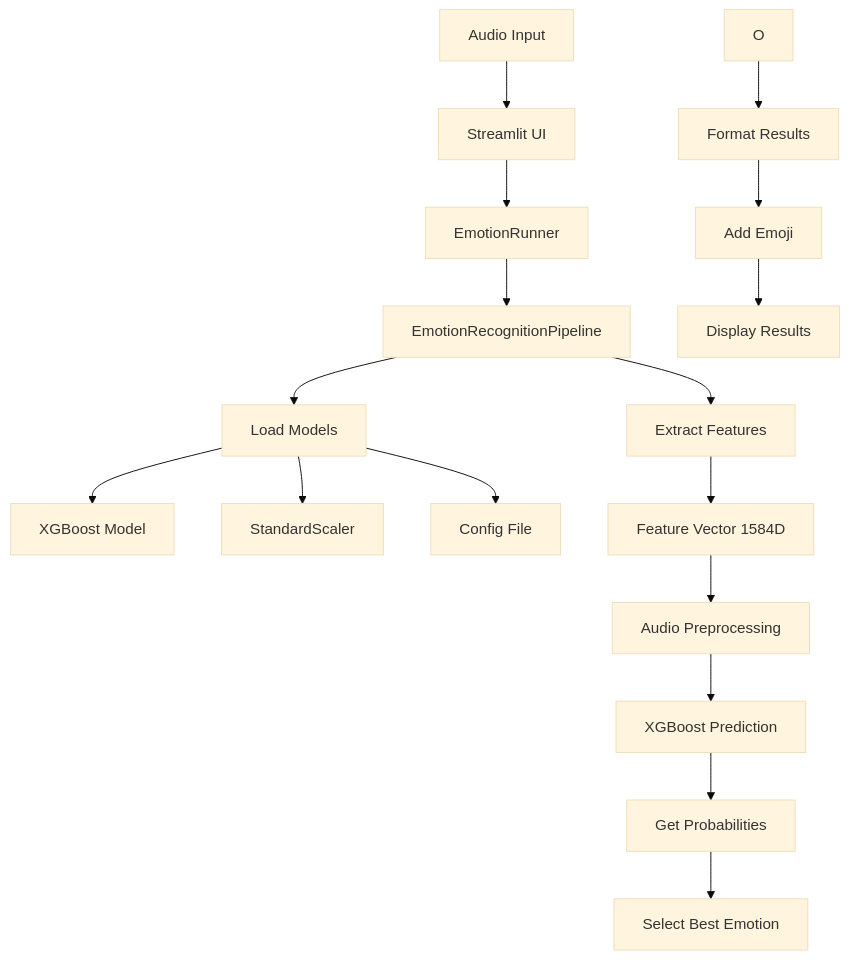
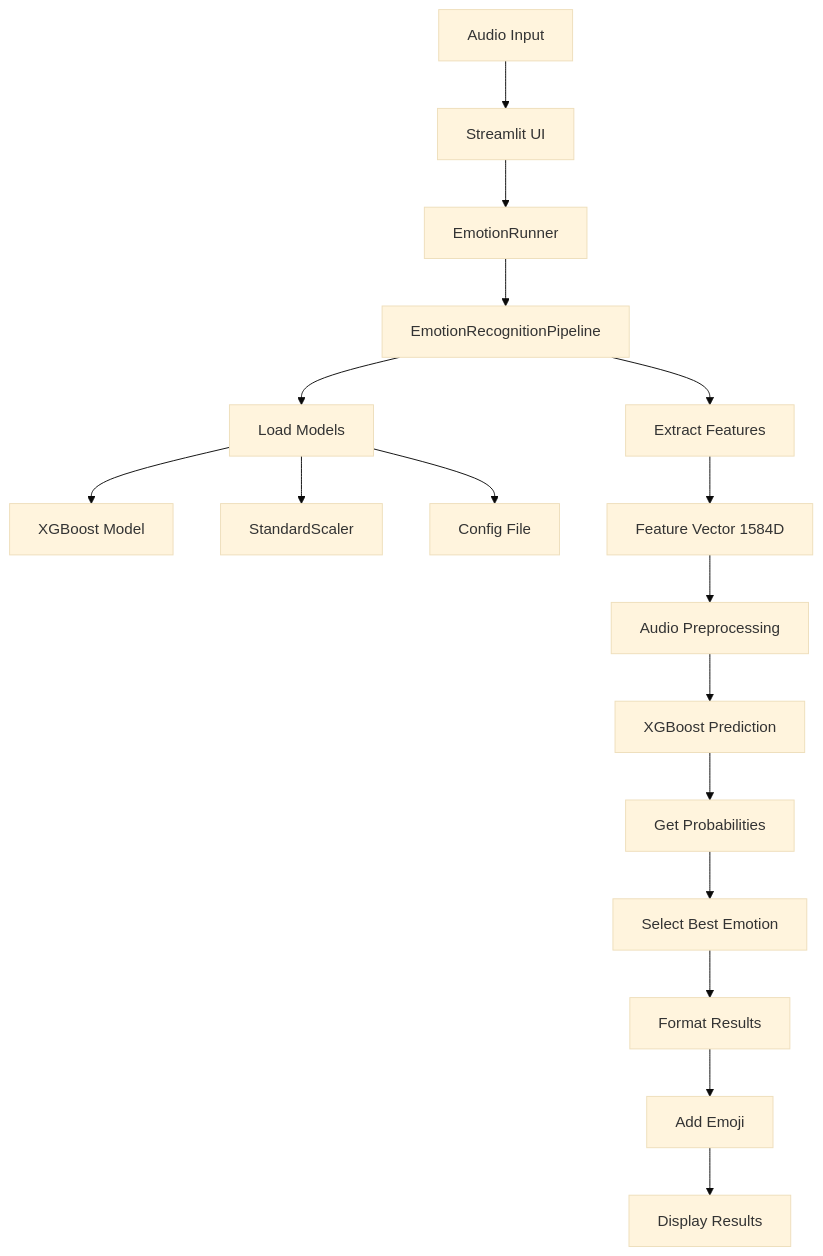
One commit to ZiyadALharbi/Voice-Emotion-Recognition-System changed the diagram in README.md. Above: the diagram before and after it, drawn with Mermaid (base theme).

````diff
--- a/README.md
+++ b/README.md
@@ -80,23 +80,23 @@
 ```mermaid
 graph TD
     A[Audio Input] --> B[Streamlit UI]
     B --> C[EmotionRunner]
     C --> D[EmotionRecognitionPipeline]
   
     D --> E[Load Models]
     E --> F[XGBoost Model]
     E --> G[StandardScaler]
     E --> H[Config File]
   
     D --> I[Extract Features]
     I --> J[Feature Vector 1584D]
     J --> K[Audio Preprocessing]
   
     K --> L[XGBoost Prediction]
     L --> M[Get Probabilities]
     M --> N[Select Best Emotion]
   
-    O --> P[Format Results]
-    P --> Q[Add Emoji]
-    Q --> R[Display Results]
+    N --> O[Format Results]
+    O --> P[Add Emoji]
+    P --> Q[Display Results]
 ```
````
